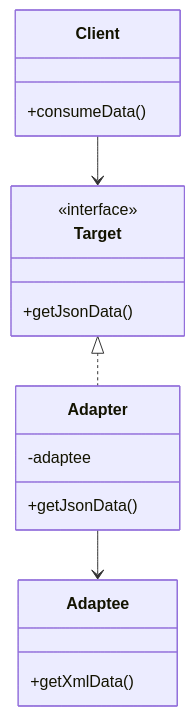
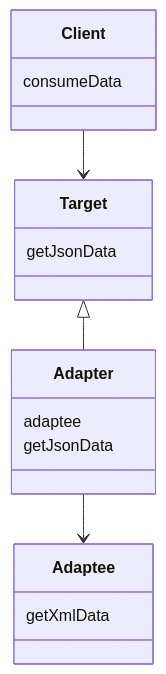
Before and after one commit to gojosatoru123-ux/CacheU: the third of 7 diagrams in src/content/lld-adapter-design-pattern.md, drawn with Mermaid. The commit also changed other lines of this file and 21 other files, not shown here.

````diff
--- a/src/content/lld-adapter-design-pattern.md
+++ b/src/content/lld-adapter-design-pattern.md
@@ -188,24 +188,23 @@
 ```mermaid
 classDiagram
-    class Target {
-        <<interface>>
-        +getJsonData()
-    }
+class Target {
+    getJsonData
+}
 
-    class Adaptee {
-        +getXmlData()
-    }
+class Adaptee {
+    getXmlData
+}
 
-    class Adapter {
-        -adaptee
-        +getJsonData()
-    }
+class Adapter {
+    adaptee
+    getJsonData
+}
 
-    class Client {
-        +consumeData()
-    }
+class Client {
+    consumeData
+}
 
-    Target <|.. Adapter
-    Adapter --> Adaptee
-    Client --> Target
+Target <|-- Adapter
+Adapter --> Adaptee
+Client --> Target
 ```
````
